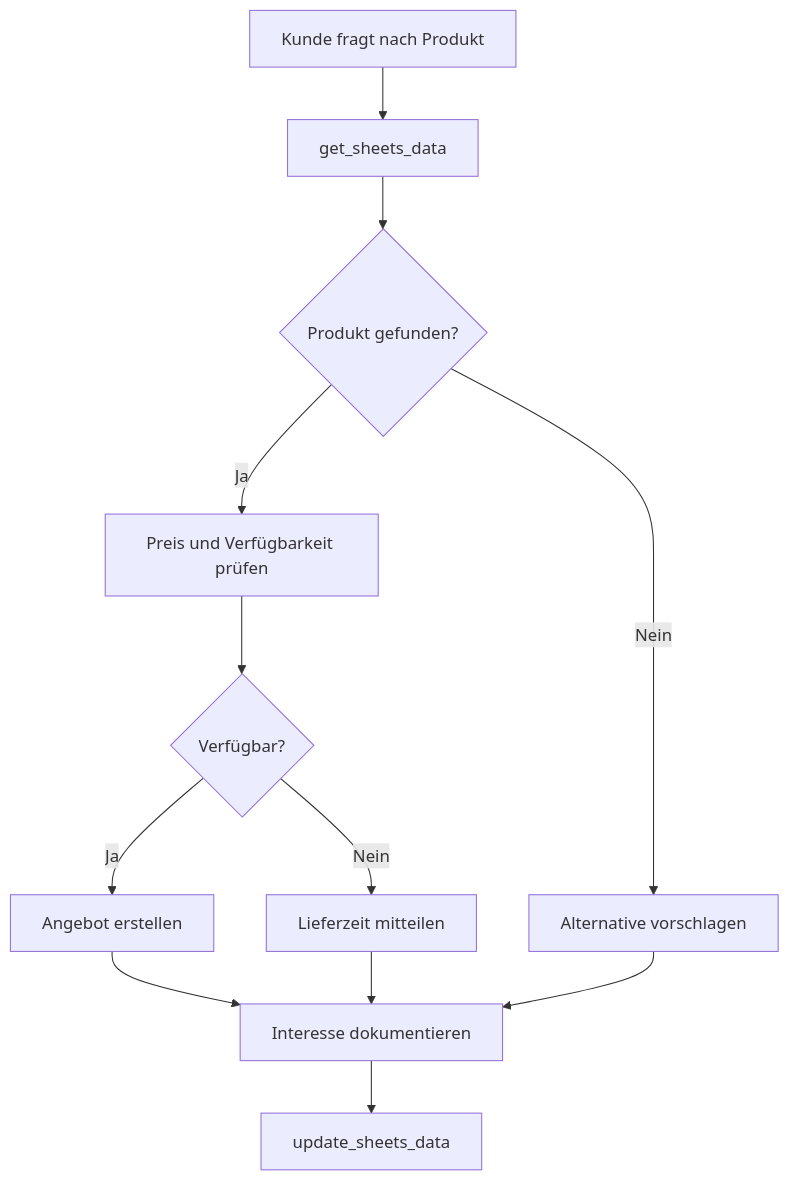
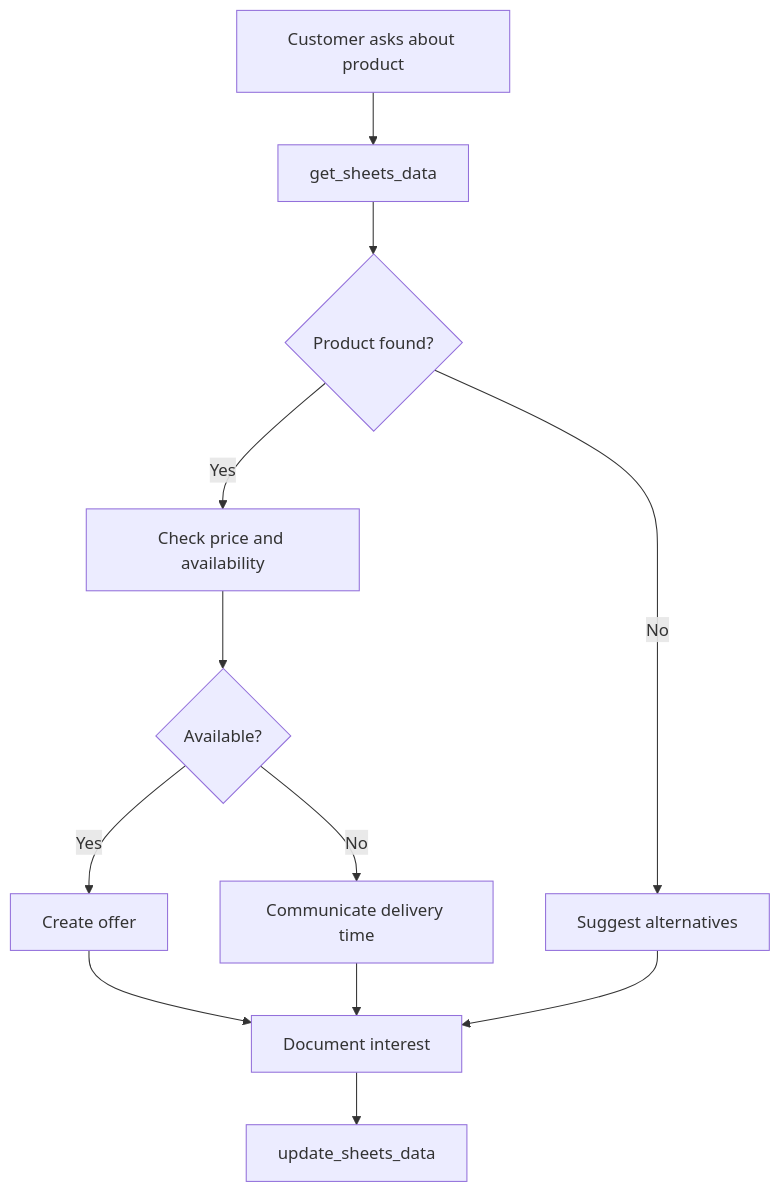
Before and after one commit to bekgroup/Famulor-docs-de: the diagram in en/automation-platform/mid-call-tools/integration-templates/google-sheets-integration.mdx, drawn with Mermaid. The commit also changed other lines of this file, not shown here.

````diff
--- a/en/automation-platform/mid-call-tools/integration-templates/google-sheets-integration.mdx
+++ b/en/automation-platform/mid-call-tools/integration-templates/google-sheets-integration.mdx
@@ -309,14 +309,14 @@
 ```mermaid
 flowchart TD
-    A[Kunde fragt nach Produkt] --> B[get_sheets_data]
-    B --> C{Produkt gefunden?}
-    C -->|Ja| D[Preis und Verfügbarkeit prüfen]
-    C -->|Nein| E[Alternative vorschlagen]
-    D --> F{Verfügbar?}
-    F -->|Ja| G[Angebot erstellen]
-    F -->|Nein| H[Lieferzeit mitteilen]
-    G --> I[Interesse dokumentieren]
+    A[Customer asks about product] --> B[get_sheets_data]
+    B --> C{Product found?}
+    C -->|Yes| D[Check price and availability]
+    C -->|No| E[Suggest alternatives]
+    D --> F{Available?}
+    F -->|Yes| G[Create offer]
+    F -->|No| H[Communicate delivery time]
+    G --> I[Document interest]
     H --> I
     E --> I
     I --> J[update_sheets_data]
 ```
````
